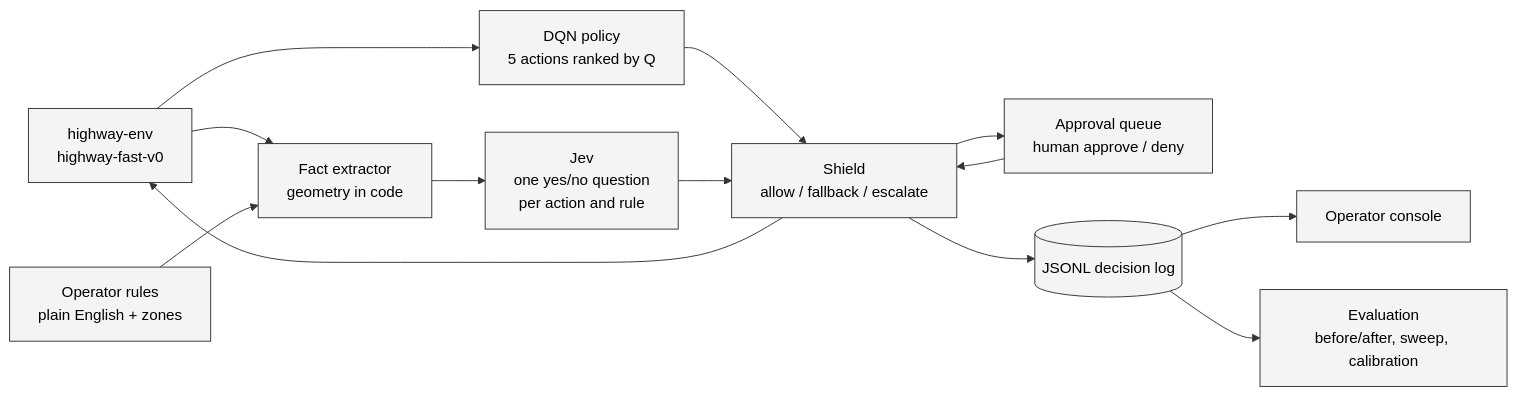
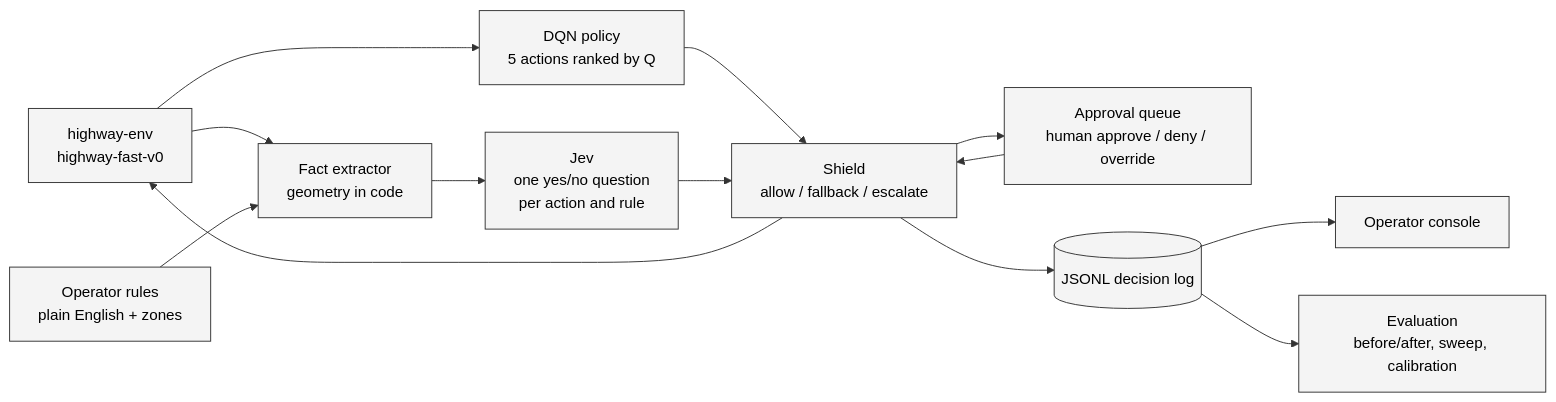
The diagram in docs/index.md (sequenzia/Interlock), drawn with Mermaid before and after one commit. The commit also changed 48 other files, not shown here.

````diff
--- a/docs/index.md
+++ b/docs/index.md
@@ -68,16 +68,16 @@
 ```mermaid
 flowchart LR
   ENV[highway-env<br/>highway-fast-v0] --> POL[DQN policy<br/>5 actions ranked by Q]
   ENV --> FACTS[Fact extractor<br/>geometry in code]
   RULES[Operator rules<br/>plain English + zones] --> FACTS
   FACTS --> JEV[Jev<br/>one yes/no question<br/>per action and rule]
   POL --> SHIELD[Shield<br/>allow / fallback / escalate]
   JEV --> SHIELD
   SHIELD --> ENV
-  SHIELD --> QUEUE[Approval queue<br/>human approve / deny]
+  SHIELD --> QUEUE[Approval queue<br/>human approve / deny / override]
   QUEUE --> SHIELD
   SHIELD --> LOG[(JSONL decision log)]
   LOG --> UI[Operator console]
   LOG --> EVAL[Evaluation<br/>before/after, sweep, calibration]
   classDef default fill:#f4f4f4,stroke:#333,color:#000;
 ```
````
